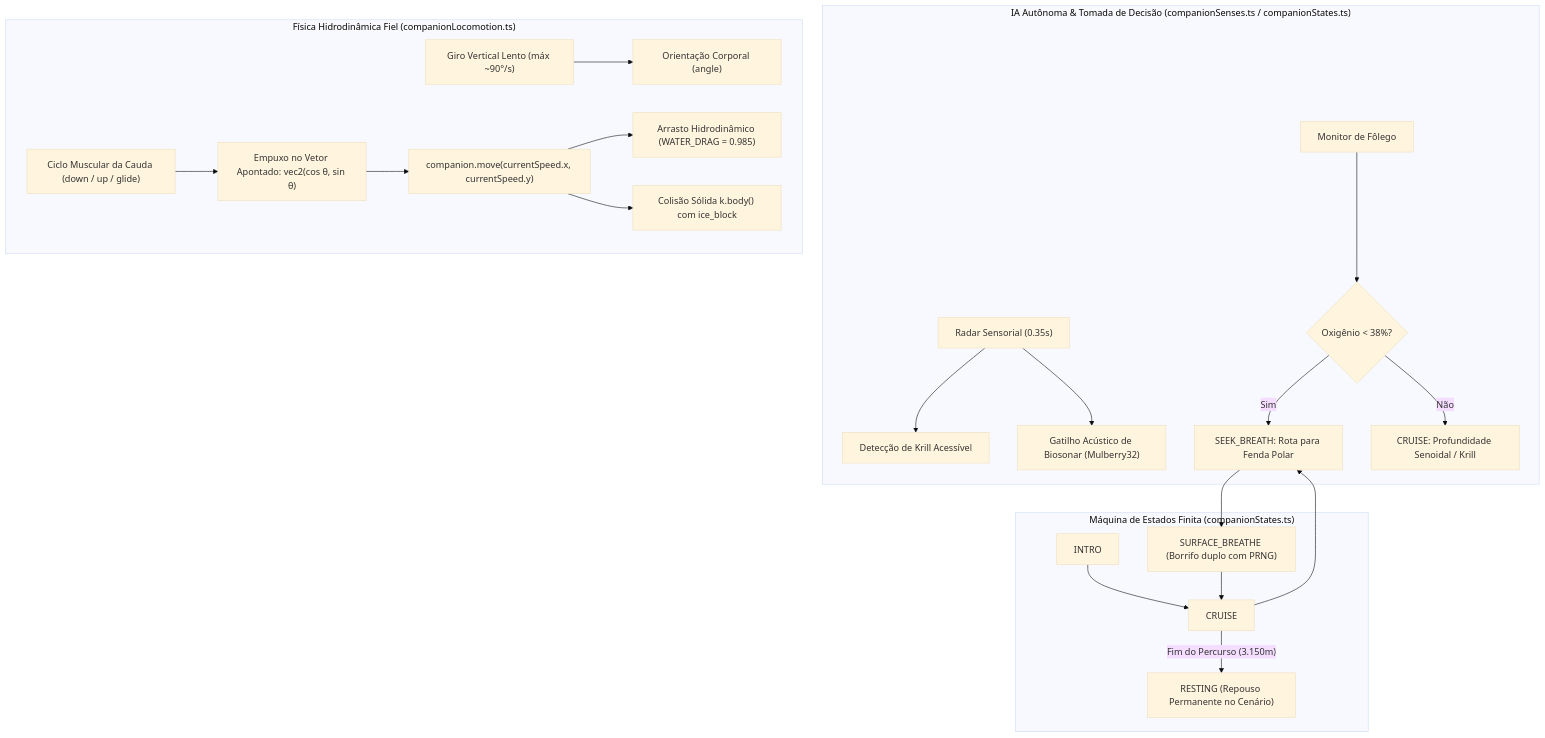
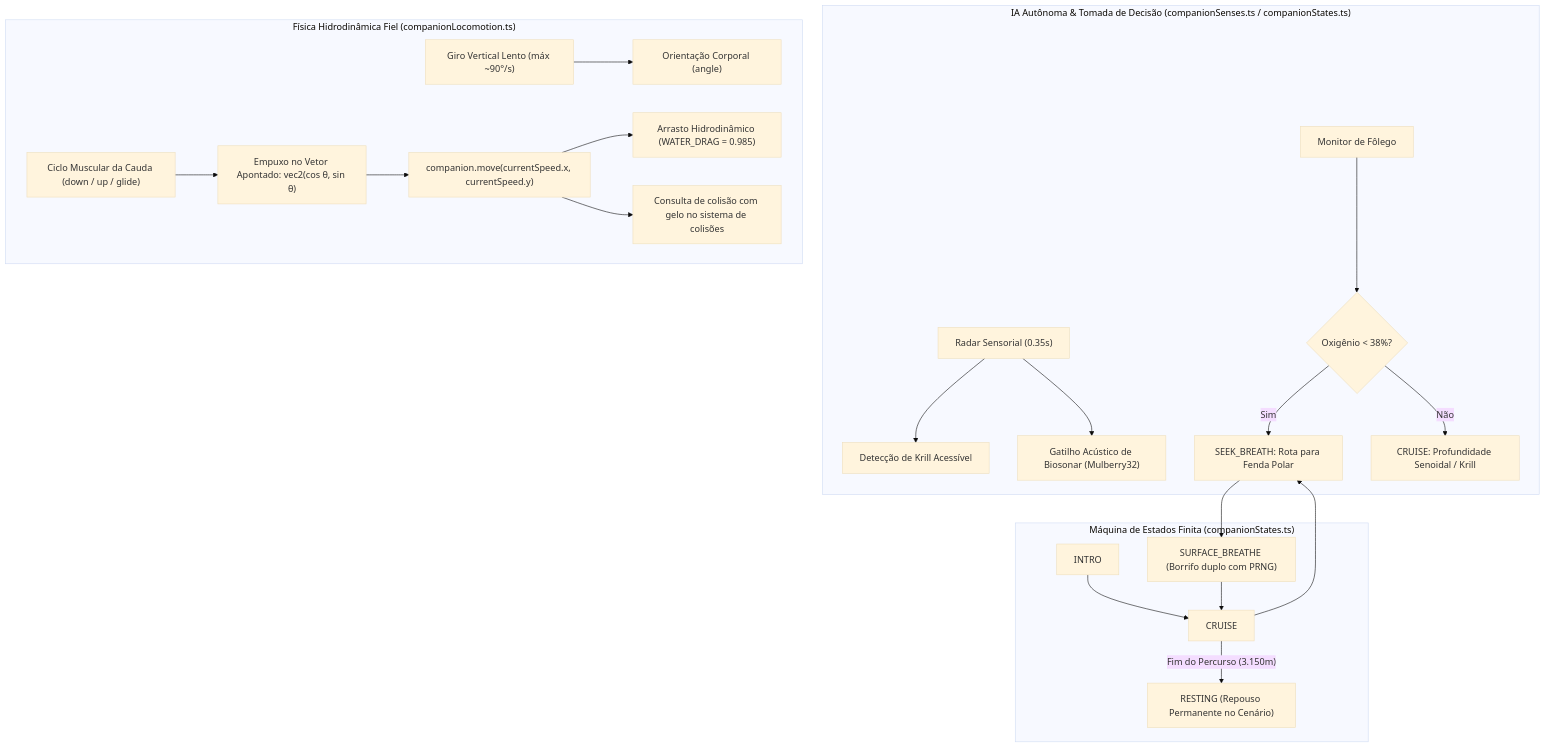
One commit to FeCruz0/micro-splash changed the fourth of 5 diagrams in docs/ARCHITECTURE.md. Above: the diagram before and after it, drawn with Mermaid (base theme). The commit also changed other lines of this file and 8 other files, not shown here.

````diff
--- a/docs/ARCHITECTURE.md
+++ b/docs/ARCHITECTURE.md
@@ -225,26 +225,26 @@
 ```mermaid
 graph TD
     subgraph IA["IA Autônoma & Tomada de Decisão (companionSenses.ts / companionStates.ts)"]
         RADAR["Radar Sensorial (0.35s)"] --> KRILL_DET["Detecção de Krill Acessível"]
         RADAR --> SONAR_TRIG["Gatilho Acústico de Biosonar (Mulberry32)"]
         O2_CHECK["Monitor de Fôlego"] --> O2_LOW{"Oxigênio < 38%?"}
         O2_LOW -->|"Sim"| SEEK["SEEK_BREATH: Rota para Fenda Polar"]
         O2_LOW -->|"Não"| CRUISE_AIM["CRUISE: Profundidade Senoidal / Krill"]
     end
 
     subgraph FISICA["Física Hidrodinâmica Fiel (companionLocomotion.ts)"]
         STEER["Giro Vertical Lento (máx ~90°/s)"] --> ANGLE["Orientação Corporal (angle)"]
         STROKE["Ciclo Muscular da Cauda (down / up / glide)"] --> THRUST["Empuxo no Vetor Apontado: vec2(cos θ, sin θ)"]
         THRUST --> MOVE["companion.move(currentSpeed.x, currentSpeed.y)"]
         MOVE --> DRAG["Arrasto Hidrodinâmico (WATER_DRAG = 0.985)"]
-        MOVE --> ICE_COL["Colisão Sólida k.body() com ice_block"]
+        MOVE --> ICE_COL["Consulta de colisão com gelo no sistema de colisões"]
     end
 
     subgraph CICLO["Máquina de Estados Finita (companionStates.ts)"]
         INTRO["INTRO"] --> CRUISE["CRUISE"]
         CRUISE --> SEEK
         SEEK --> SURFACE["SURFACE_BREATHE (Borrifo duplo com PRNG)"]
         SURFACE --> CRUISE
         CRUISE -->|"Fim do Percurso (3.150m)"| REST["RESTING (Repouso Permanente no Cenário)"]
     end
 ```
````
